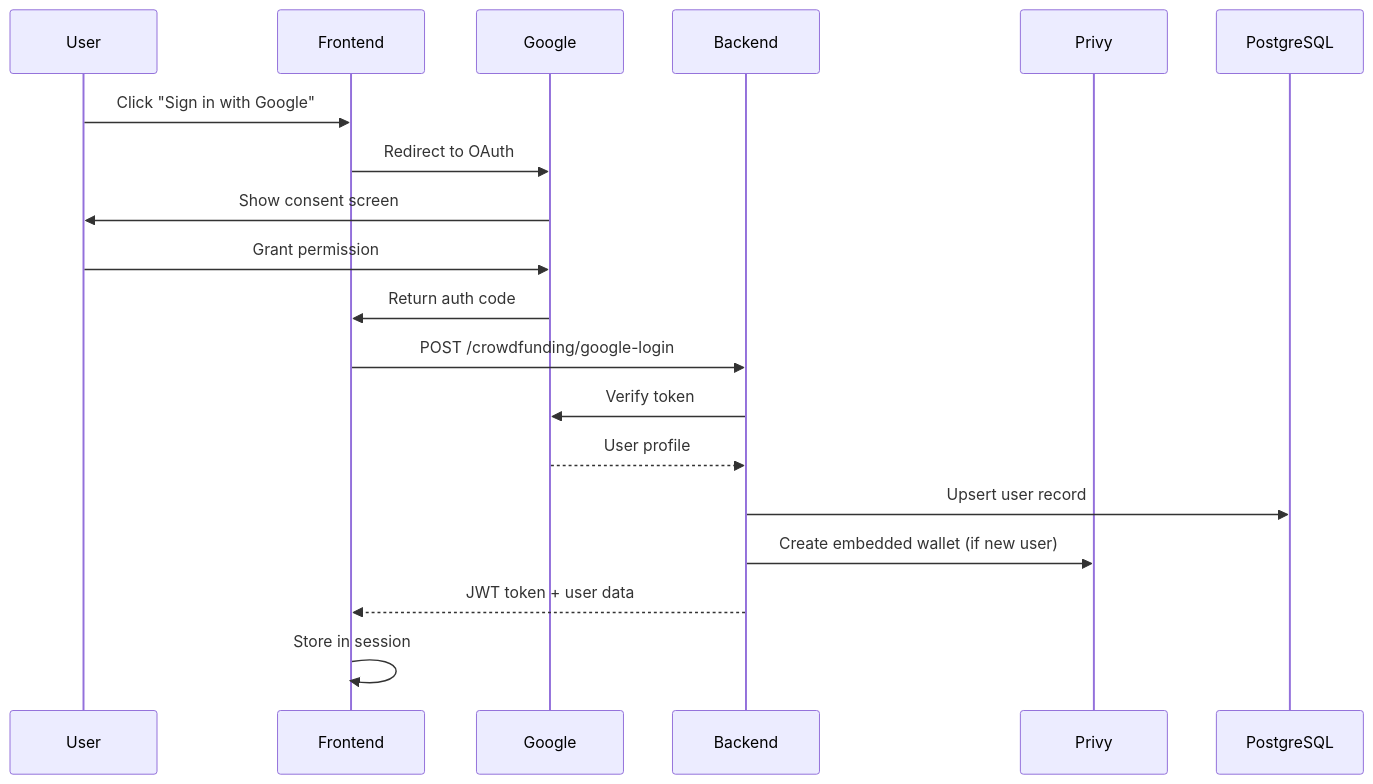
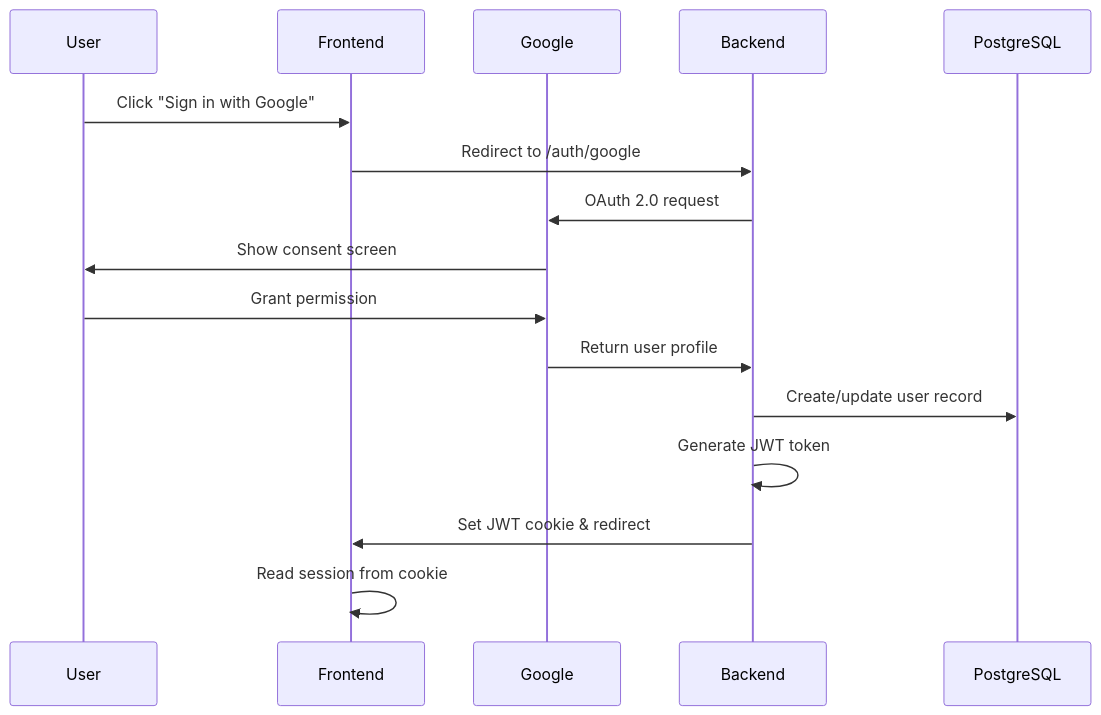
The seventh of 12 diagrams in pitching/architecture/data-flow.md (CrowdFUNding-Base/SC), drawn with Mermaid before and after one commit. The commit also changed other lines of this file and 10 other files, not shown here.

````diff
--- a/pitching/architecture/data-flow.md
+++ b/pitching/architecture/data-flow.md
@@ -252,22 +252,19 @@
 ```mermaid
 sequenceDiagram
     participant User
     participant Frontend
     participant Google
     participant Backend
-    participant Privy
     participant DB as PostgreSQL
 
     User->>Frontend: Click "Sign in with Google"
-    Frontend->>Google: Redirect to OAuth
+    Frontend->>Backend: Redirect to /auth/google
+    Backend->>Google: OAuth 2.0 request
     Google->>User: Show consent screen
     User->>Google: Grant permission
-    Google->>Frontend: Return auth code
-    Frontend->>Backend: POST /crowdfunding/google-login
-    Backend->>Google: Verify token
-    Google-->>Backend: User profile
-    Backend->>DB: Upsert user record
-    Backend->>Privy: Create embedded wallet (if new user)
-    Backend-->>Frontend: JWT token + user data
-    Frontend->>Frontend: Store in session
+    Google->>Backend: Return user profile
+    Backend->>DB: Create/update user record
+    Backend->>Backend: Generate JWT token
+    Backend->>Frontend: Set JWT cookie & redirect
+    Frontend->>Frontend: Read session from cookie
 ```
````
